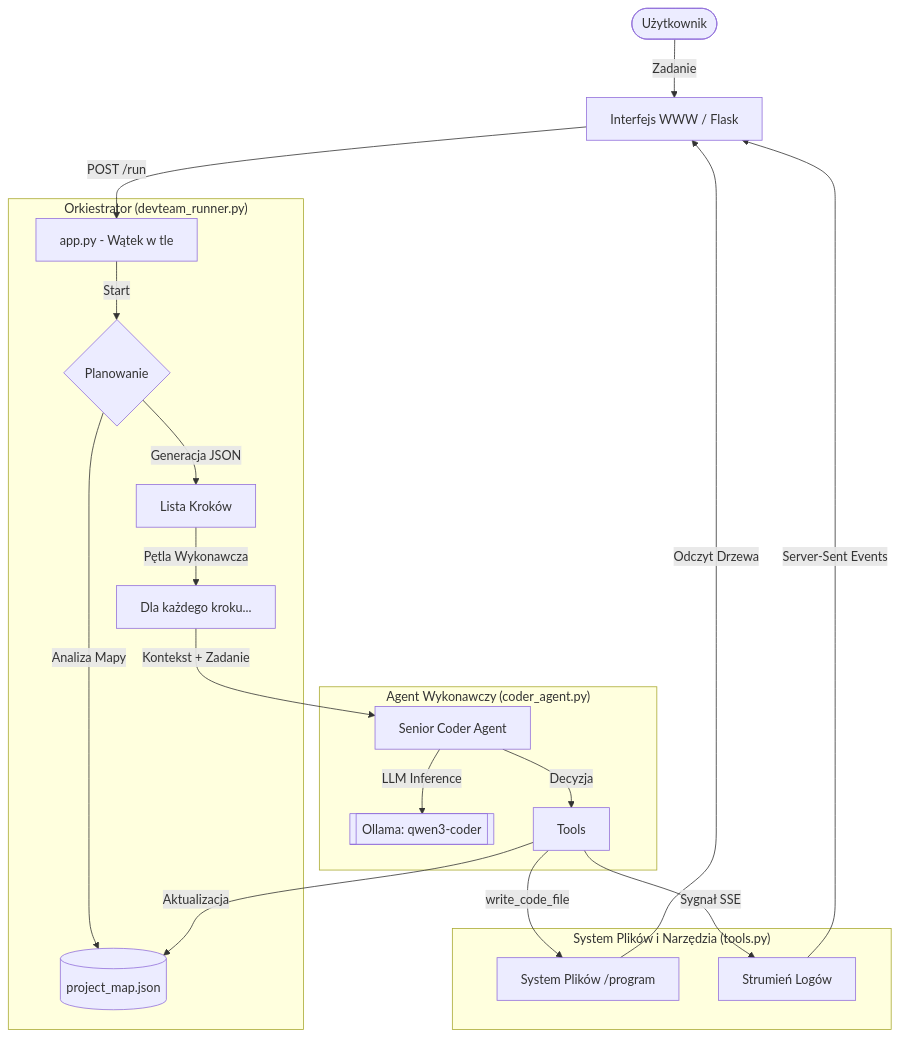
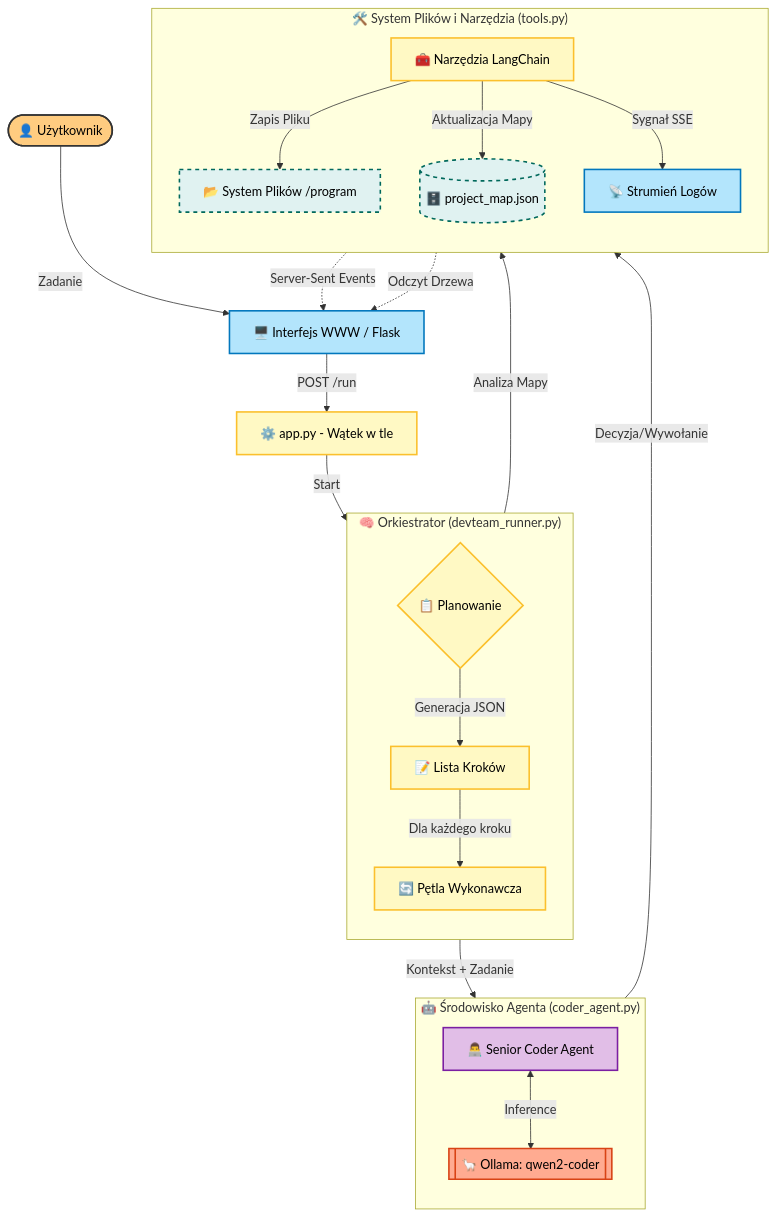
One commit to rafal1338/AIagent changed the diagram in README.md. Above: the diagram before and after it, drawn with Mermaid.

````diff
--- a/README.md
+++ b/README.md
@@ -11,30 +11,58 @@
 ```mermaid
 graph TD
-    User([Użytkownik]) -->|Zadanie| UI[Interfejs WWW / Flask]
-    UI -->|POST /run| App[app.py - Wątek w tle]
+    %% --- Style ---
+    classDef actor fill:#ffcc80,stroke:#333,stroke-width:2px,color:#000;
+    classDef ui fill:#b3e5fc,stroke:#0277bd,stroke-width:2px,color:#000;
+    classDef logic fill:#fff9c4,stroke:#fbc02d,stroke-width:2px,color:#000;
+    classDef storage fill:#e0f2f1,stroke:#00695c,stroke-width:2px,stroke-dasharray: 5 5,color:#000;
+    classDef agent fill:#e1bee7,stroke:#7b1fa2,stroke-width:2px,color:#000;
+    classDef external fill:#ffab91,stroke:#d84315,stroke-width:2px,color:#000;
+
+    %% --- Węzły ---
+    User([👤 Użytkownik]):::actor
+    UI[🖥️ Interfejs WWW / Flask]:::ui
+    App[⚙️ app.py - Wątek w tle]:::logic
     
-    subgraph "Orkiestrator (devteam_runner.py)"
-        App -->|Start| Planner{Planowanie}
-        Planner -->|Analiza Mapy| KB[(project_map.json)]
-        Planner -->|Generacja JSON| Steps[Lista Kroków]
-        
-        Steps -->|Pętla Wykonawcza| Loop[Dla każdego kroku...]
+    subgraph Orchestrator ["🧠 Orkiestrator (devteam_runner.py)"]
+        direction TB
+        Planner{📋 Planowanie}:::logic
+        Steps[📝 Lista Kroków]:::logic
+        Loop[🔄 Pętla Wykonawcza]:::logic
     end
     
-    subgraph "Agent Wykonawczy (coder_agent.py)"
-        Loop -->|Kontekst + Zadanie| Coder[Senior Coder Agent]
-        Coder -->|LLM Inference| Ollama[[Ollama: qwen3-coder]]
-        
-        Coder -->|Decyzja| Tools
+    subgraph AgentEnv ["🤖 Środowisko Agenta (coder_agent.py)"]
+        direction TB
+        Coder[👨‍💻 Senior Coder Agent]:::agent
+        Ollama[[🦙 Ollama: qwen2-coder]]:::external
     end
     
-    subgraph "System Plików i Narzędzia (tools.py)"
-        Tools -->|write_code_file| FS[System Plików /program]
-        Tools -->|Aktualizacja| KB
-        Tools -->|Sygnał SSE| LogStream[Strumień Logów]
+    subgraph ToolsSystem ["🛠️ System Plików i Narzędzia (tools.py)"]
+        direction TB
+        Tools[🧰 Narzędzia LangChain]:::logic
+        FS[📂 System Plików /program]:::storage
+        KB[(🗄️ project_map.json)]:::storage
+        LogStream[📡 Strumień Logów]:::ui
     end
+
+    %% --- Połączenia ---
+    User -->|Zadanie| UI
+    UI -->|POST /run| App
+    App -->|Start| Planner
     
-    LogStream -->|Server-Sent Events| UI
-    FS -->|Odczyt Drzewa| UI
+    Planner -->|Analiza Mapy| KB
+    Planner -->|Generacja JSON| Steps
+    Steps -->|Dla każdego kroku| Loop
+    
+    Loop -->|Kontekst + Zadanie| Coder
+    Coder <-->|Inference| Ollama
+    
+    Coder -->|Decyzja/Wywołanie| Tools
+    
+    Tools -->|Zapis Pliku| FS
+    Tools -->|Aktualizacja Mapy| KB
+    Tools -->|Sygnał SSE| LogStream
+    
+    LogStream -.->|Server-Sent Events| UI
+    FS -.->|Odczyt Drzewa| UI
 
 ```
````
